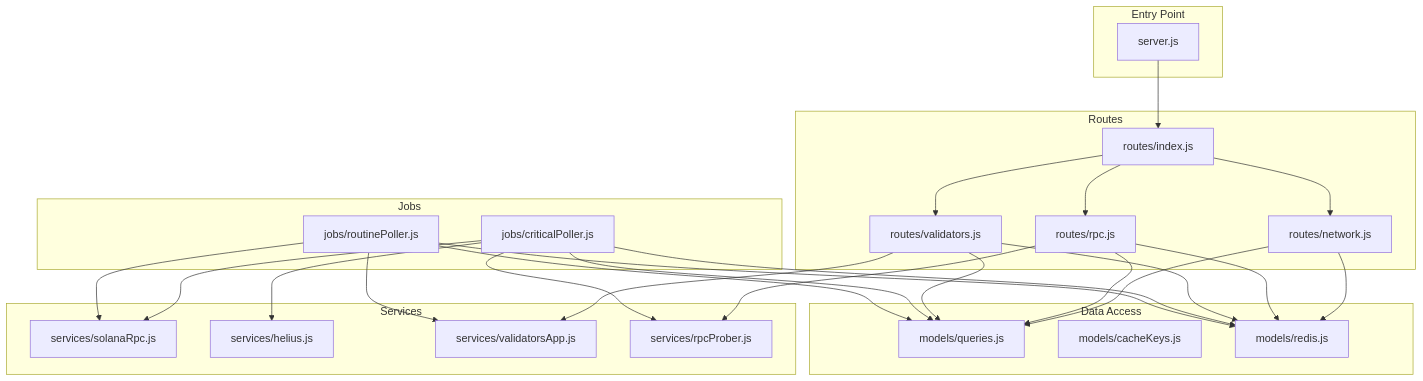
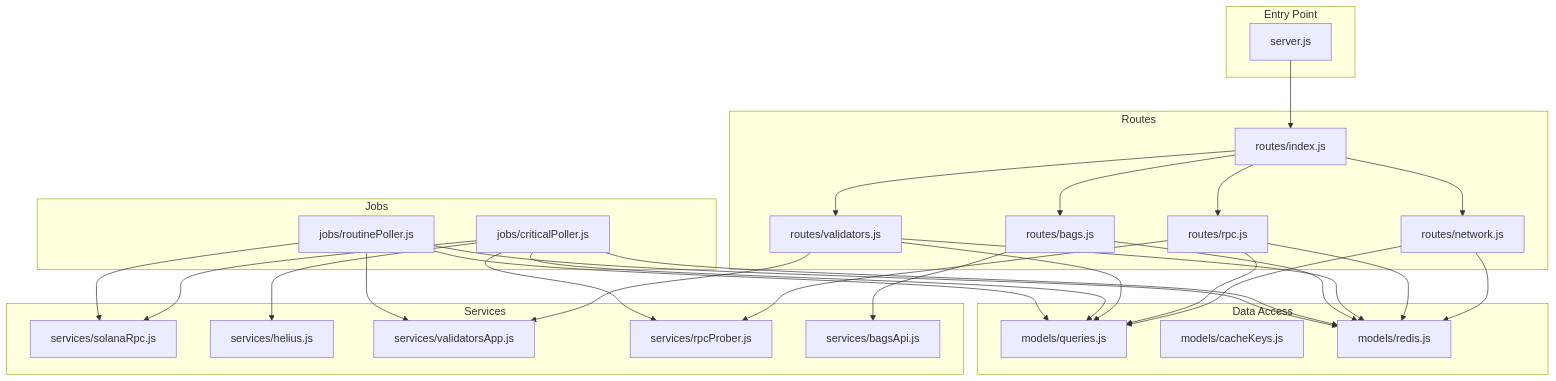
Before and after one commit to RunTimeAdmin/InfraWatch: the first of 8 diagrams in .qoder/repowiki/en/content/Backend Architecture/Service Layer Architecture/Service Layer Architecture.md, drawn with Mermaid. The commit also changed other lines of this file and 12 other files, not shown here.

````diff
--- a/.qoder/repowiki/en/content/Backend Architecture/Service Layer Architecture/Service Layer Architecture.md
+++ b/.qoder/repowiki/en/content/Backend Architecture/Service Layer Architecture/Service Layer Architecture.md
@@ -48,48 +58,53 @@
 ```mermaid
 graph TB
 subgraph "Entry Point"
 S["server.js"]
 end
 subgraph "Routes"
 RIdx["routes/index.js"]
 RN["routes/network.js"]
 RR["routes/rpc.js"]
 RV["routes/validators.js"]
+RB["routes/bags.js"]
 end
 subgraph "Services"
 SRPC["services/solanaRpc.js"]
 SH["services/helius.js"]
 SV["services/validatorsApp.js"]
 PR["services/rpcProber.js"]
+BA["services/bagsApi.js"]
 end
 subgraph "Data Access"
 Q["models/queries.js"]
 RC["models/cacheKeys.js"]
 RD["models/redis.js"]
 end
 subgraph "Jobs"
 CP["jobs/criticalPoller.js"]
 RP["jobs/routinePoller.js"]
 end
 S --> RIdx
 RIdx --> RN
 RIdx --> RR
 RIdx --> RV
+RIdx --> RB
 RN --> Q
 RN --> RD
 RR --> Q
 RR --> RD
 RR --> PR
 RV --> Q
 RV --> RD
 RV --> SV
+RB --> BA
+RB --> RD
 CP --> SRPC
 CP --> SH
 CP --> PR
 CP --> Q
 CP --> RD
 RP --> SV
 RP --> SRPC
 RP --> Q
 RP --> RD
 ```
````
